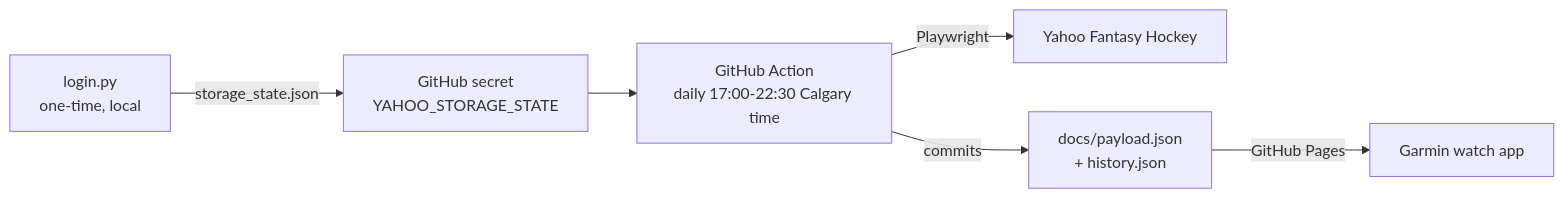
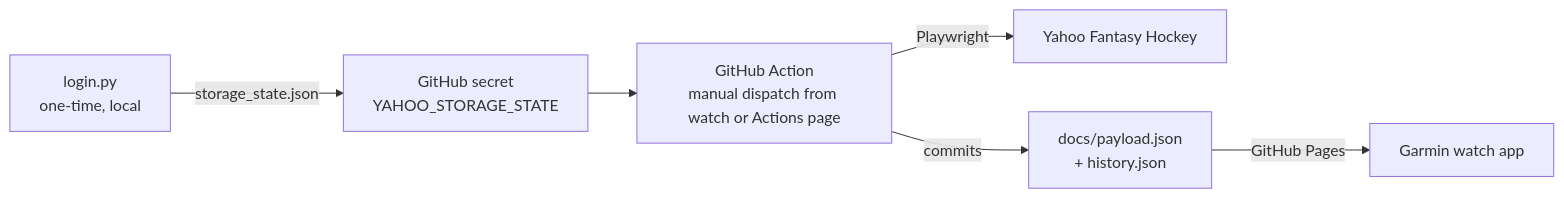
The diagram in README.md (D0tzi/fantasy-hockey-scraper), drawn with Mermaid before and after one commit. The commit also changed other lines of this file and 1 other file, not shown here.

````diff
--- a/README.md
+++ b/README.md
@@ -13,8 +12,8 @@
 ```mermaid
 flowchart LR
     L[login.py<br/>one-time, local] -- storage_state.json --> S[GitHub secret<br/>YAHOO_STORAGE_STATE]
-    S --> A[GitHub Action<br/>daily 17:00-22:30 Calgary time]
+    S --> A[GitHub Action<br/>manual dispatch from watch or Actions page]
     A -- Playwright --> Y[Yahoo Fantasy Hockey]
     A -- commits --> D[docs/payload.json<br/>+ history.json]
     D -- GitHub Pages --> W[Garmin watch app]
 ```
````
